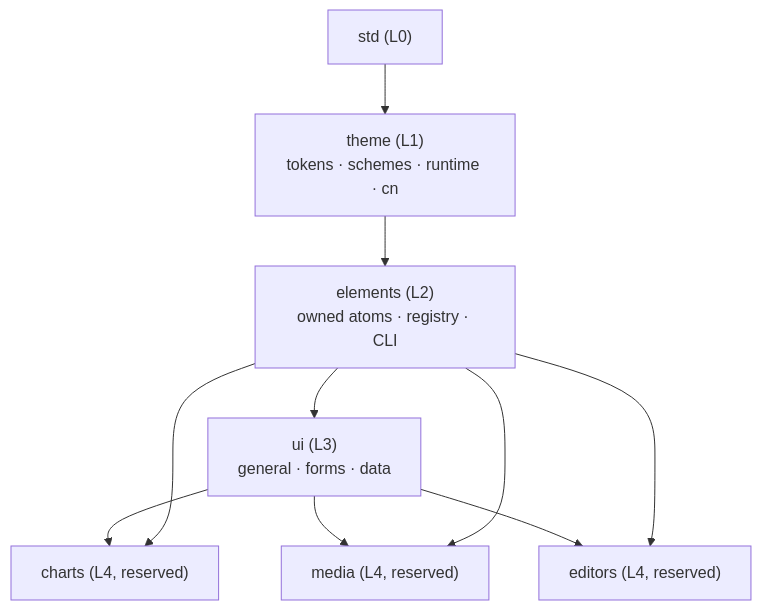
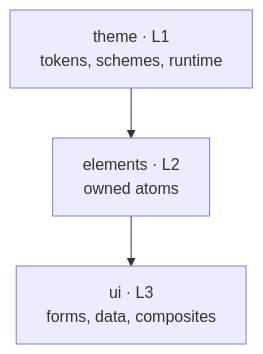
One commit to kbukum/plainworks changed the second of 4 diagrams in docs/architecture.md. Above: the diagram before and after it, drawn with Mermaid. The commit also changed other lines of this file and 284 other files, not shown here.

````diff
--- a/docs/architecture.md
+++ b/docs/architecture.md
@@ -121,12 +93,5 @@
 ```mermaid
-graph TD
-  std["std (L0)"] --> theme["theme (L1)<br/>tokens · schemes · runtime · cn"]
-  theme --> elements["elements (L2)<br/>owned atoms · registry · CLI"]
-  elements --> ui["ui (L3)<br/>general · forms · data"]
-  ui --> charts["charts (L4, reserved)"]
-  ui --> media["media (L4, reserved)"]
-  ui --> editors["editors (L4, reserved)"]
-  elements --> charts
-  elements --> media
-  elements --> editors
+flowchart TD
+  theme["theme · L1<br/>tokens, schemes, runtime"] --> elements["elements · L2<br/>owned atoms"]
+  elements --> ui["ui · L3<br/>forms, data, composites"]
 ```
````
